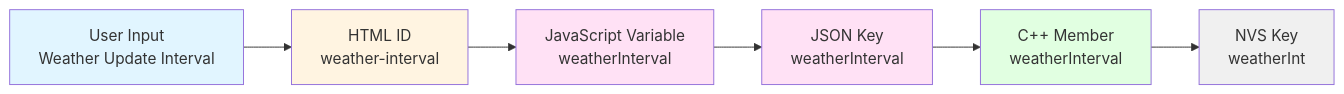
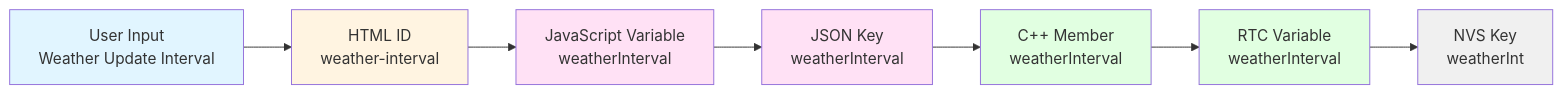
One commit to gogo-boot/mystation changed the fourth of 4 diagrams in docs/developer-guide/configuration-layers.md. Above: the diagram before and after it, drawn with Mermaid. The commit also changed other lines of this file, not shown here.

````diff
--- a/docs/developer-guide/configuration-layers.md
+++ b/docs/developer-guide/configuration-layers.md
@@ -235,14 +222,16 @@
 ```mermaid
 graph LR
     A[User Input<br/>Weather Update Interval] --> B[HTML ID<br/>weather-interval]
     B --> C[JavaScript Variable<br/>weatherInterval]
     C --> D[JSON Key<br/>weatherInterval]
     D --> E[C++ Member<br/>weatherInterval]
-    E --> F[NVS Key<br/>weatherInt]
+    E --> F[RTC Variable<br/>weatherInterval]
+    F --> G[NVS Key<br/>weatherInt]
     style A fill: #e1f5ff
     style B fill: #fff4e1
     style C fill: #ffe1f5
     style D fill: #ffe1f5
     style E fill: #e1ffe1
-    style F fill: #f0f0f0
+    style F fill: #e1ffe1
+    style G fill: #f0f0f0
 ```
````
